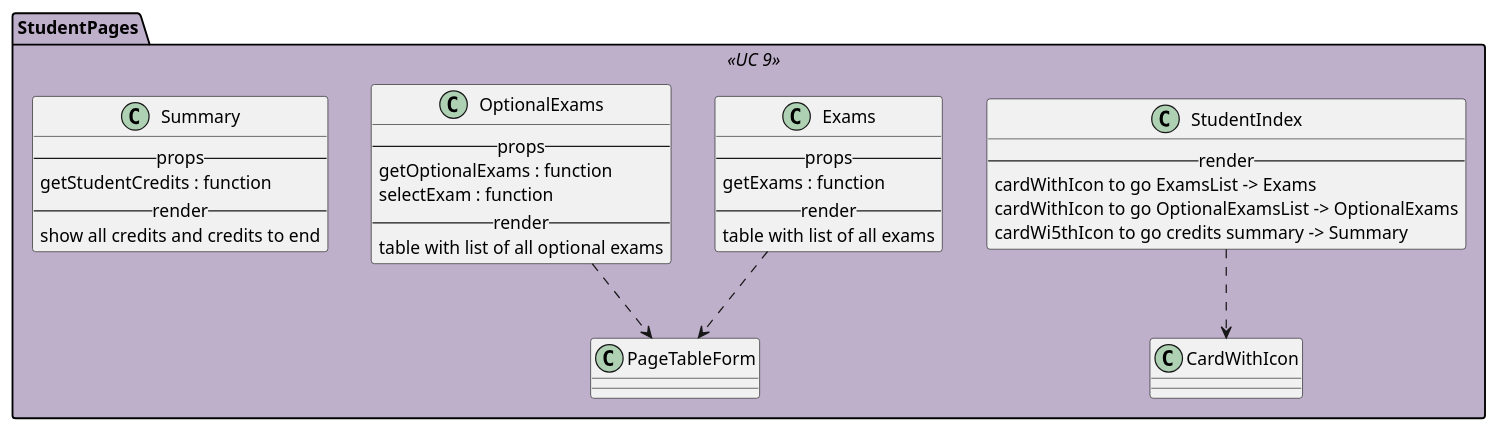
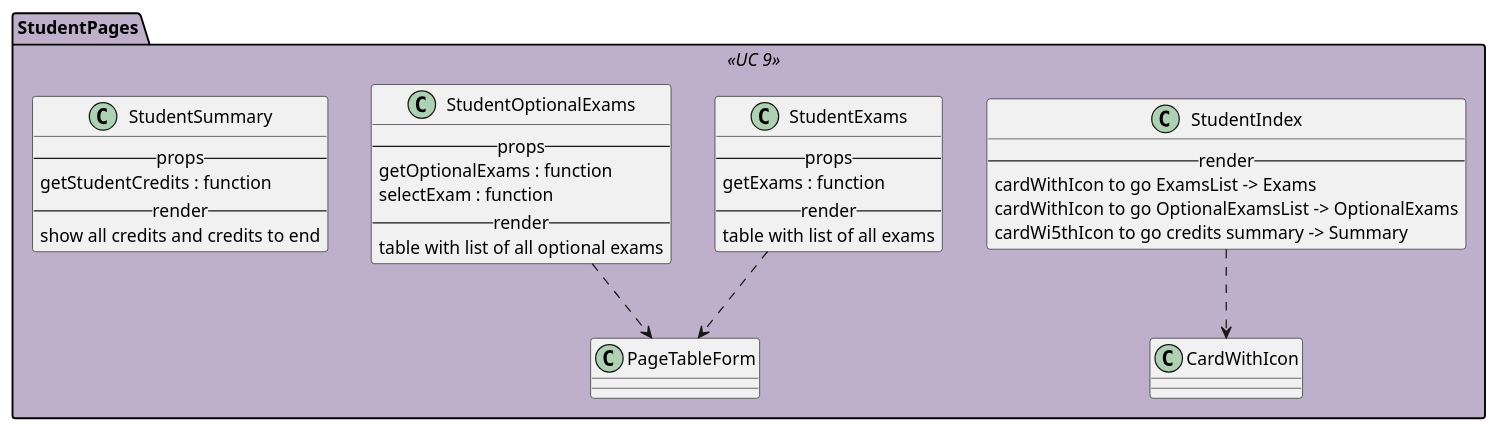
One commit to M9k/Marvin-Uml changed the diagram in react/student/index.iuml. Above: the diagram before and after it, drawn with PlantUML. The commit also changed 5 other files, not shown here.

```diff
--- a/react/student/index.iuml
+++ b/react/student/index.iuml
@@ -1,39 +1,39 @@
 skinparam package<<UC 9>> {
     backgroundColor #beafca
 }
 
 package StudentPages <<UC 9>> {
 
 class StudentIndex{
     --render--
         cardWithIcon to go ExamsList -> Exams
         cardWithIcon to go OptionalExamsList -> OptionalExams
         cardWi5thIcon to go credits summary -> Summary
 }
 StudentIndex ..> CardWithIcon
 
-class Exams{
+class StudentExams{
     --props--
         getExams : function
     --render--
         table with list of all exams
 }
-Exams ..> PageTableForm
+StudentExams ..> PageTableForm
 
-class OptionalExams{
+class StudentOptionalExams{
     --props--
         getOptionalExams : function
         selectExam : function
     --render--
         table with list of all optional exams
 }
-OptionalExams ..> PageTableForm
+StudentOptionalExams ..> PageTableForm
 
-class Summary{
+class StudentSummary{
     --props--
         getStudentCredits : function
     --render--
         show all credits and credits to end
 }
 
 }
```
